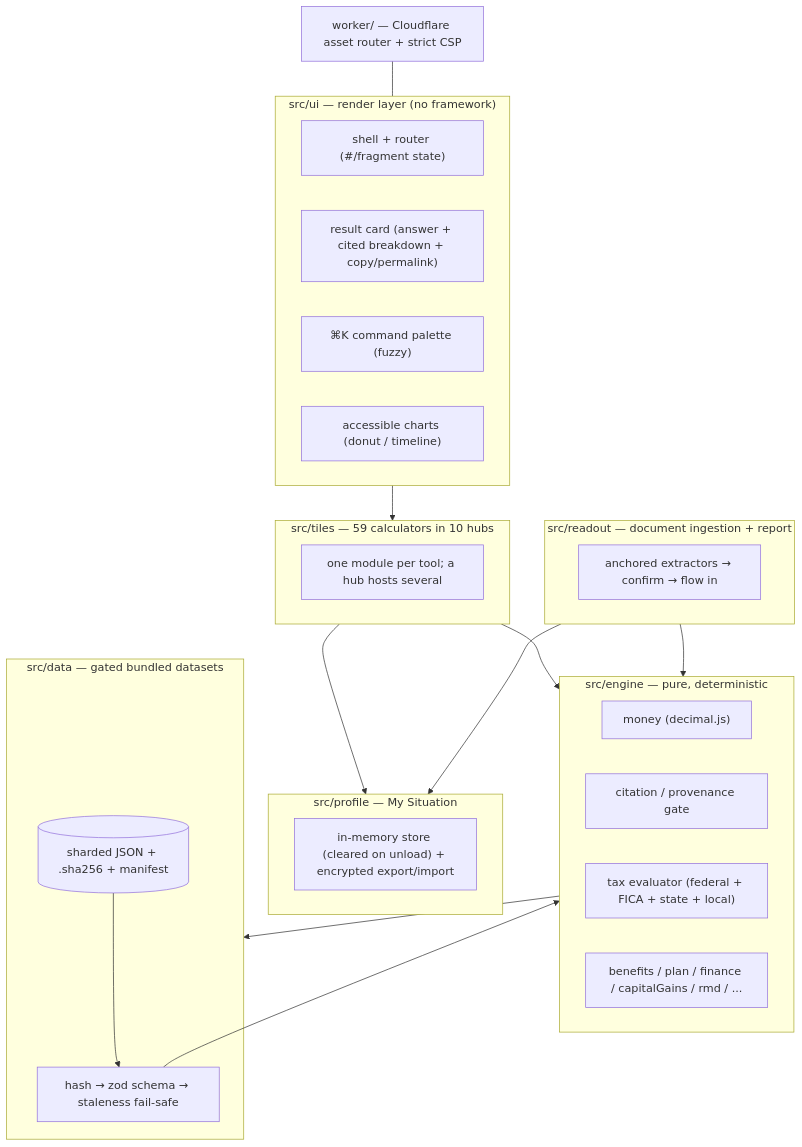
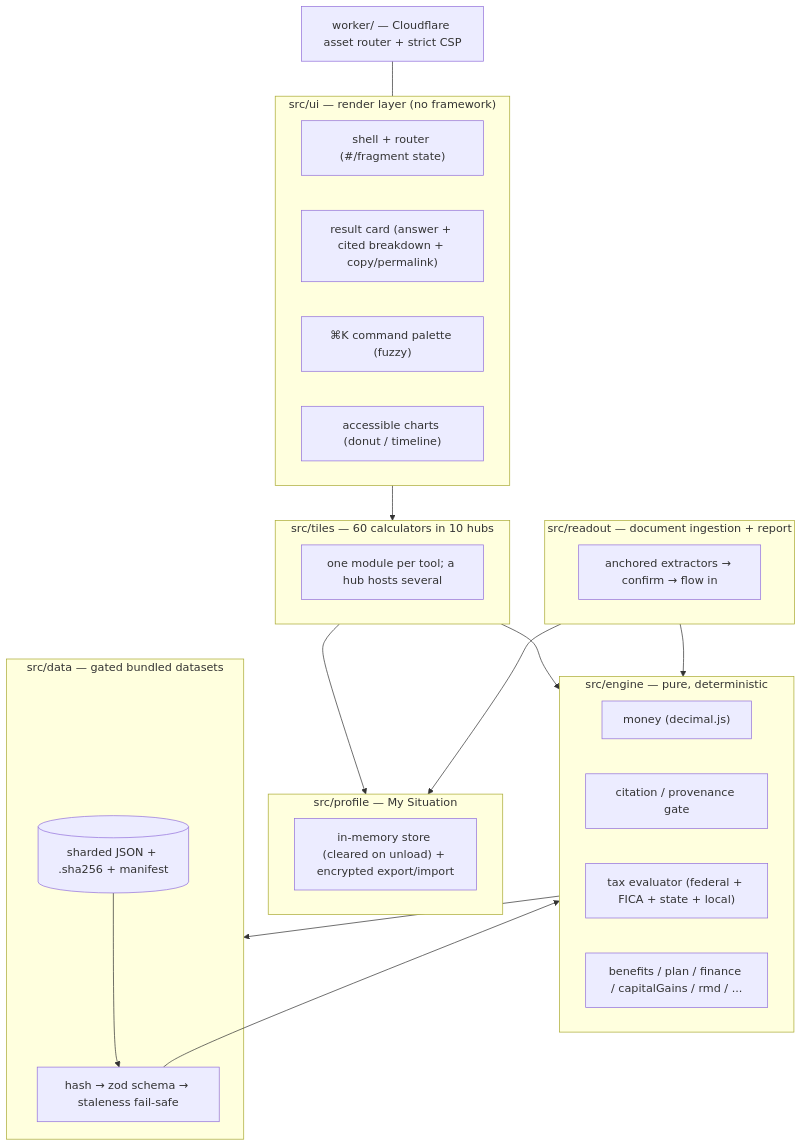
Before and after one commit to clay-good/enklayve: the second of 7 diagrams in README.md, drawn with Mermaid. The commit also changed other lines of this file and 20 other files, not shown here.

````diff
--- a/README.md
+++ b/README.md
@@ -250,36 +251,36 @@
 ```mermaid
 flowchart TD
     subgraph UI["src/ui — render layer (no framework)"]
         SH["shell + router (#/fragment state)"]
         RC["result card (answer + cited breakdown + copy/permalink)"]
         CP["⌘K command palette (fuzzy)"]
         CH["accessible charts (donut / timeline)"]
     end
-    subgraph TILES["src/tiles — 59 calculators in 10 hubs"]
+    subgraph TILES["src/tiles — 60 calculators in 10 hubs"]
         T1["one module per tool; a hub hosts several"]
     end
     subgraph PROFILE["src/profile — My Situation"]
         PS["in-memory store (cleared on unload) + encrypted export/import"]
     end
     subgraph READOUT["src/readout — document ingestion + report"]
         RX["anchored extractors → confirm → flow in"]
     end
     subgraph ENGINE["src/engine — pure, deterministic"]
         MN["money (decimal.js)"]
         CI["citation / provenance gate"]
         TAX["tax evaluator (federal + FICA + state + local)"]
         BEN["benefits / plan / finance / capitalGains / rmd / ..."]
     end
     subgraph DATA["src/data — gated bundled datasets"]
         LO["hash → zod schema → staleness fail-safe"]
         DS[("sharded JSON + .sha256 + manifest")]
     end
     TILES --> ENGINE
     READOUT --> ENGINE
     TILES --> PROFILE
     READOUT --> PROFILE
     UI --> TILES
     ENGINE --> DATA
     DS --> LO --> ENGINE
     WORKER["worker/ — Cloudflare asset router + strict CSP"] --- UI
 ```
````
